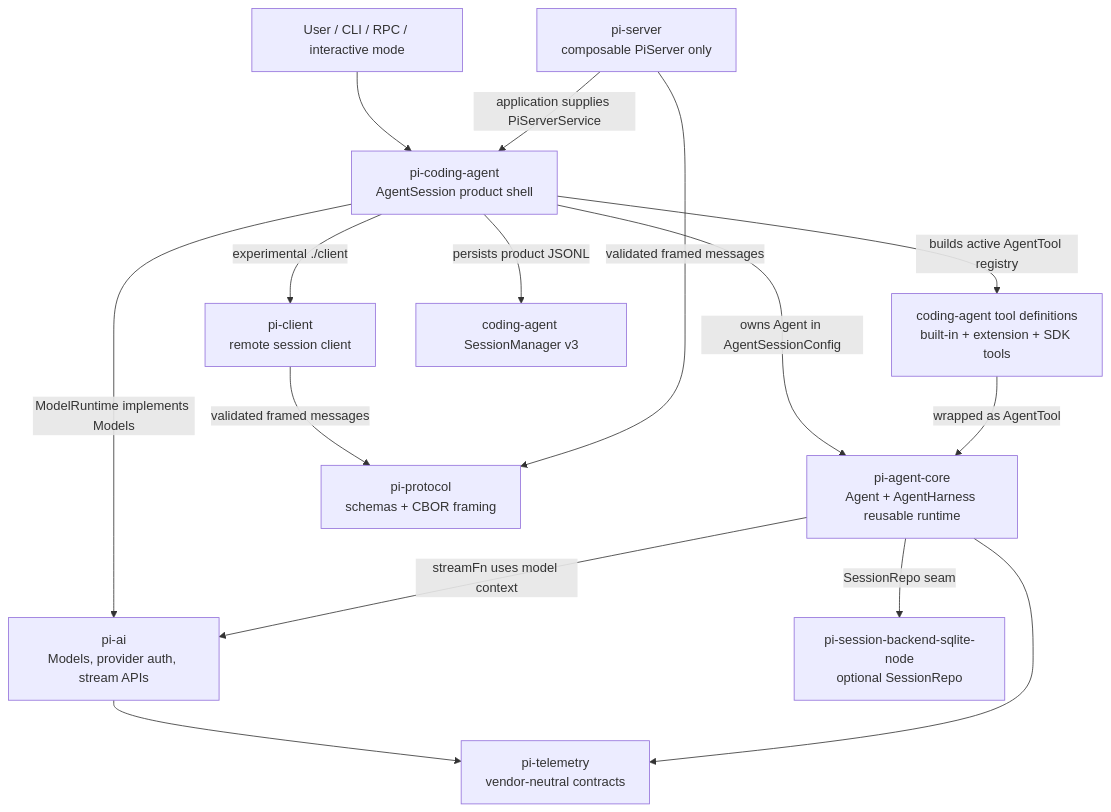
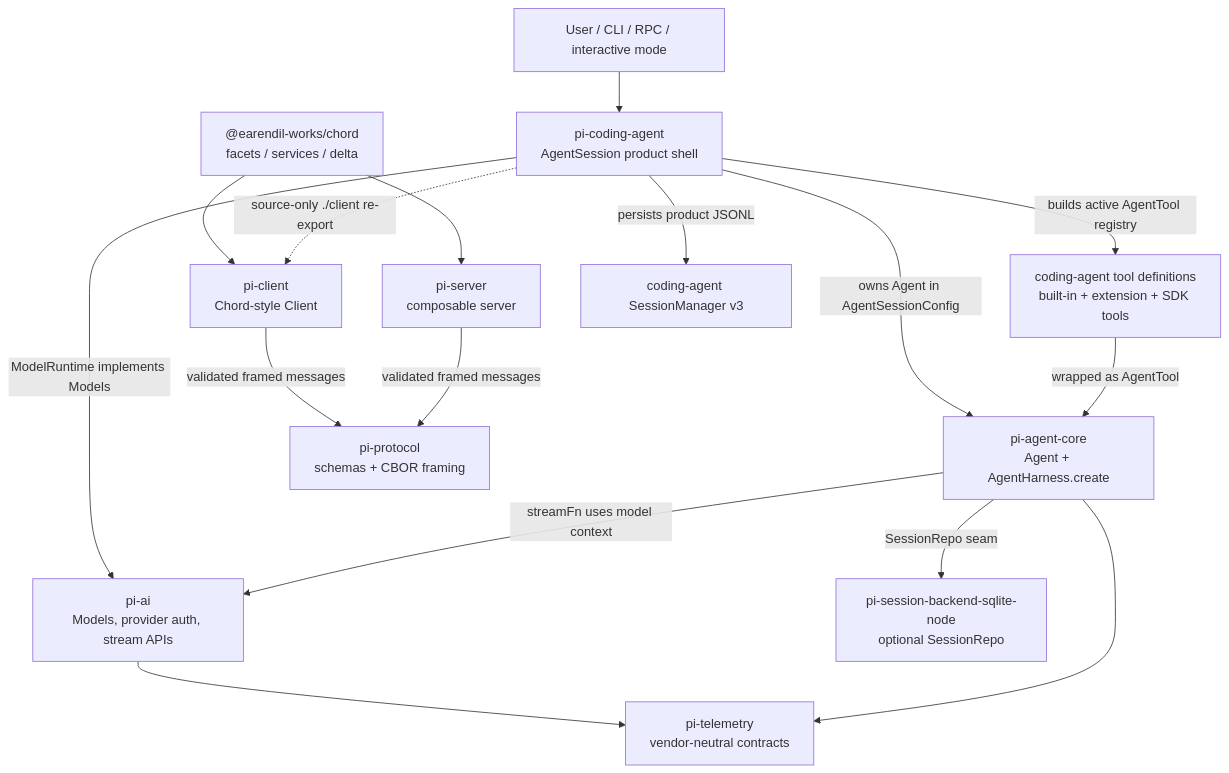
One commit to wdnmdtonyma/SOTA-Agent-LLM-Wiki changed the diagram in docs/llm-wiki/pi/spine/layered-architecture.md. Above: the diagram before and after it, drawn with Mermaid. The commit also changed other lines of this file and 213 other files, not shown here.

````diff
--- a/docs/llm-wiki/pi/spine/layered-architecture.md
+++ b/docs/llm-wiki/pi/spine/layered-architecture.md
@@ -67,29 +77,31 @@
 ```mermaid
 flowchart TD
   User["User / CLI / RPC / interactive mode"]
   Coding["pi-coding-agent<br/>AgentSession product shell"]
-  Core["pi-agent-core<br/>Agent + AgentHarness reusable runtime"]
+  Core["pi-agent-core<br/>Agent + AgentHarness.create"]
   AI["pi-ai<br/>Models, provider auth, stream APIs"]
+  Chord["@earendil-works/chord<br/>facets / services / delta"]
   Telemetry["pi-telemetry<br/>vendor-neutral contracts"]
   Protocol["pi-protocol<br/>schemas + CBOR framing"]
-  Client["pi-client<br/>remote session client"]
-  Server["pi-server<br/>composable PiServer only"]
+  Client["pi-client<br/>Chord-style Client"]
+  Server["pi-server<br/>composable server"]
   Backend["pi-session-backend-sqlite-node<br/>optional SessionRepo"]
   Tools["coding-agent tool definitions<br/>built-in + extension + SDK tools"]
   Sessions["coding-agent SessionManager v3"]
 
   User --> Coding
   Coding -->|owns Agent in AgentSessionConfig| Core
   Coding -->|ModelRuntime implements Models| AI
   Coding -->|builds active AgentTool registry| Tools
   Coding -->|persists product JSONL| Sessions
   Core -->|streamFn uses model context| AI
   Tools -->|wrapped as AgentTool| Core
   AI --> Telemetry
   Core --> Telemetry
   Core -->|SessionRepo seam| Backend
-  Coding -->|experimental ./client| Client
+  Chord --> Client
+  Chord --> Server
   Client -->|validated framed messages| Protocol
   Server -->|validated framed messages| Protocol
-  Server -->|application supplies PiServerService| Coding
+  Coding -.->|source-only ./client re-export| Client
 ```
````
